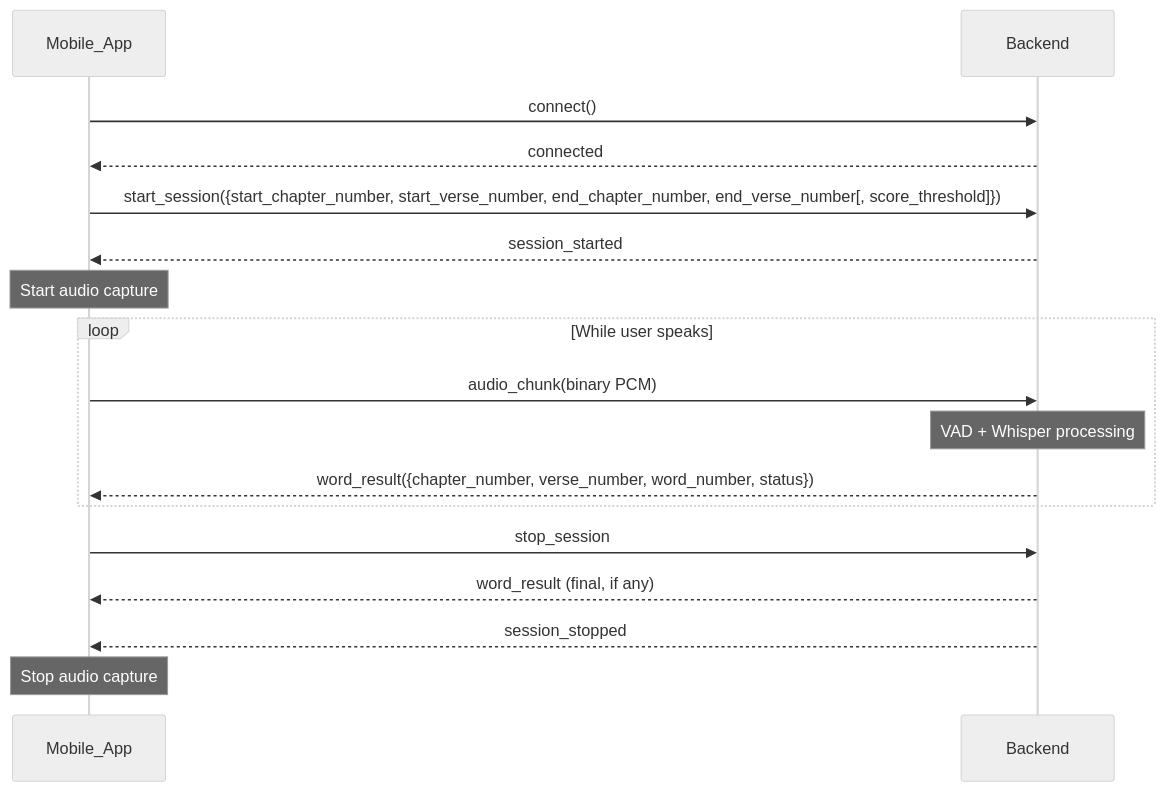
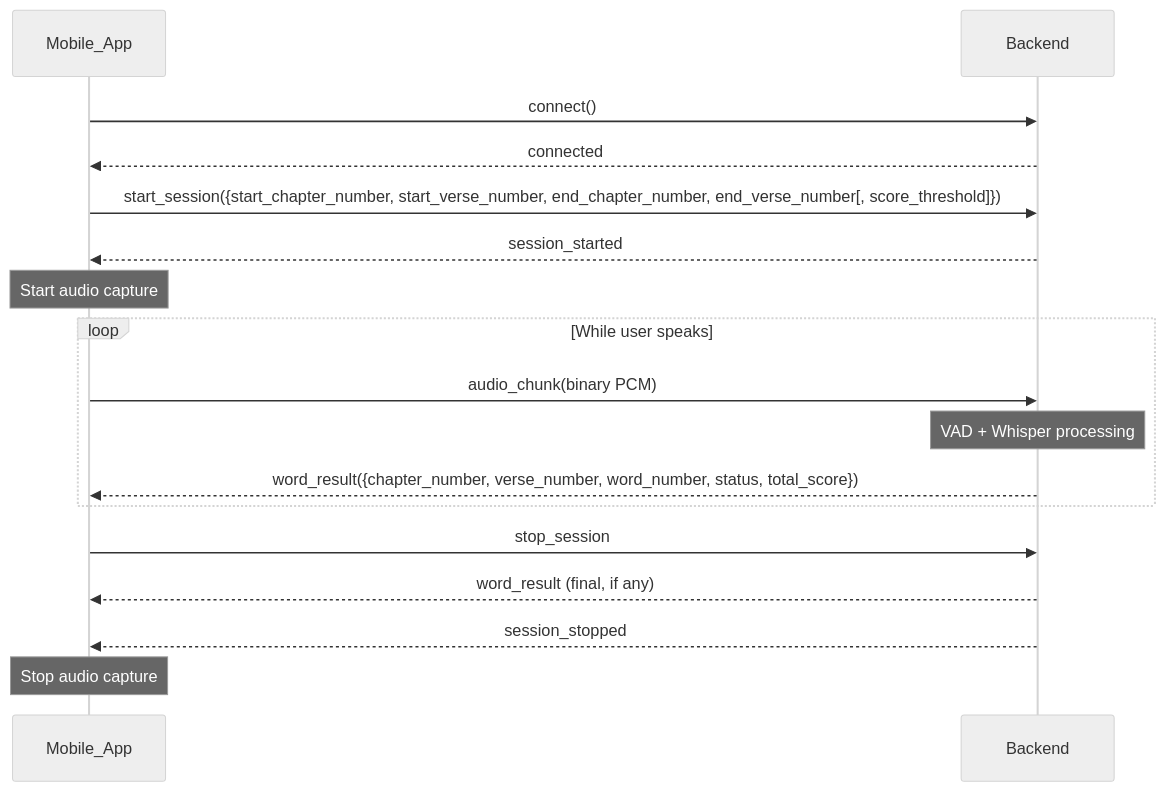
The first of 9 diagrams in guide/reference/sequence-diagram.md (basemkhirat/pyquran2), drawn with Mermaid (neutral theme) before and after one commit. The commit also changed other lines of this file and 8 other files, not shown here.

````diff
--- a/guide/reference/sequence-diagram.md
+++ b/guide/reference/sequence-diagram.md
@@ -9,25 +9,25 @@
 ```mermaid
 sequenceDiagram
     participant App as Mobile_App
     participant Server as Backend
 
     App->>Server: connect()
     Server-->>App: connected
 
     App->>Server: start_session({start_chapter_number, start_verse_number, end_chapter_number, end_verse_number[, score_threshold]})
     Server-->>App: session_started
 
     Note over App: Start audio capture
 
     loop While user speaks
         App->>Server: audio_chunk(binary PCM)
         Note over Server: VAD + Whisper processing
-        Server-->>App: word_result({chapter_number, verse_number, word_number, status})
+        Server-->>App: word_result({chapter_number, verse_number, word_number, status, total_score})
     end
 
     App->>Server: stop_session
     Server-->>App: word_result (final, if any)
     Server-->>App: session_stopped
 
     Note over App: Stop audio capture
 ```
````
